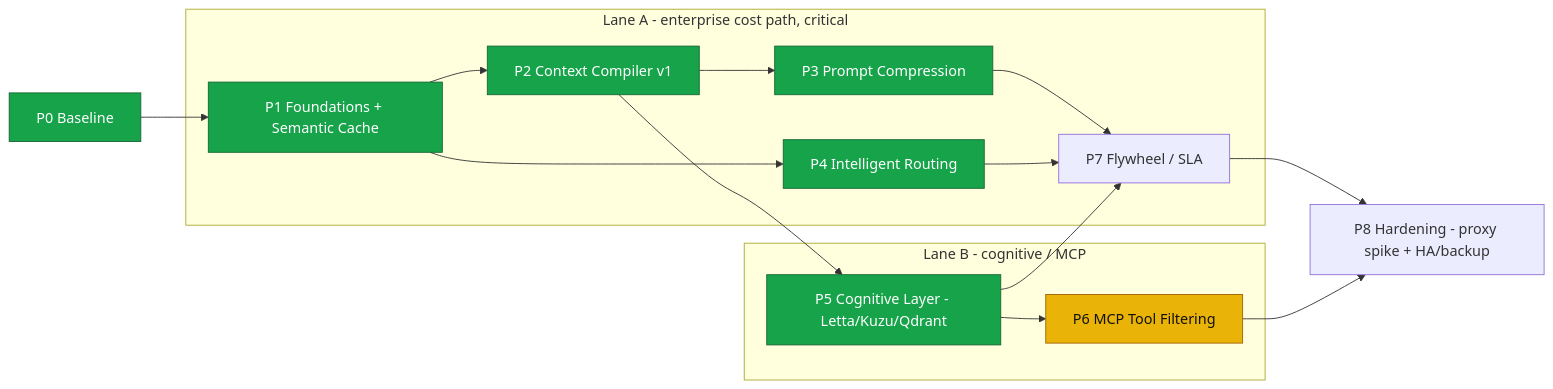
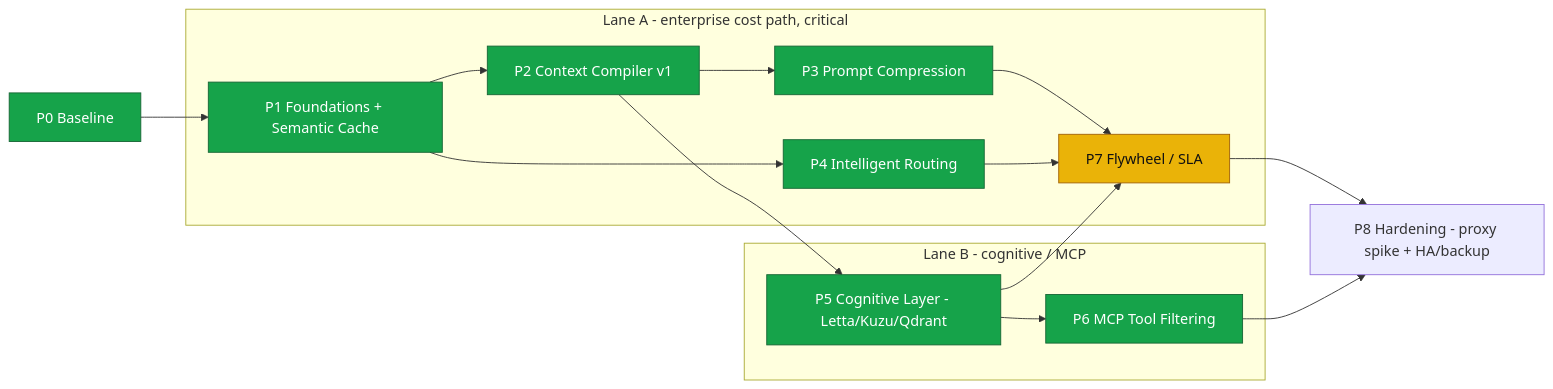
The second of 2 diagrams in docs/optimization/SPEC-AND-ROADMAP.md (avs6/runledger-community), drawn with Mermaid before and after one commit. The commit also changed other lines of this file and 15 other files, not shown here.

````diff
--- a/docs/optimization/SPEC-AND-ROADMAP.md
+++ b/docs/optimization/SPEC-AND-ROADMAP.md
@@ -404,26 +404,26 @@
 ```mermaid
 graph LR
   P0[P0 Baseline] --> P1[P1 Foundations + Semantic Cache]
   P1 --> P2[P2 Context Compiler v1]
 
   subgraph laneA [Lane A - enterprise cost path, critical]
     P2 --> P3[P3 Prompt Compression]
     P1 --> P4[P4 Intelligent Routing]
     P3 --> P7[P7 Flywheel / SLA]
     P4 --> P7
   end
 
   subgraph laneB [Lane B - cognitive / MCP]
     P2 --> P5[P5 Cognitive Layer - Letta/Kuzu/Qdrant]
     P5 --> P6[P6 MCP Tool Filtering]
   end
 
   P5 --> P7
   P7 --> P8[P8 Hardening - proxy spike + HA/backup]
   P6 --> P8
 
   classDef done fill:#16a34a,stroke:#166534,color:#fff;
   classDef next fill:#eab308,stroke:#a16207,color:#111;
-  class P0,P1,P2,P3,P4,P5 done;
-  class P6 next;
+  class P0,P1,P2,P3,P4,P5,P6 done;
+  class P7 next;
 ```
````
